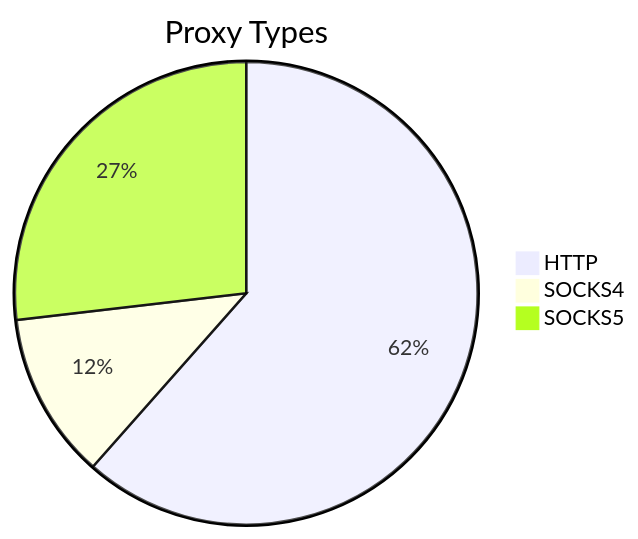
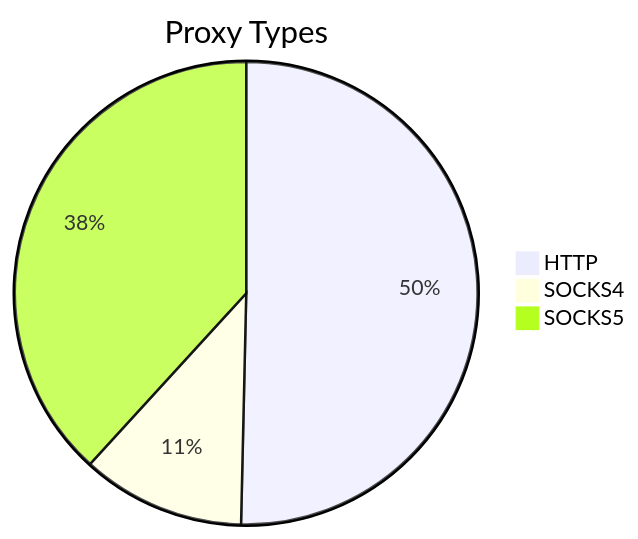
One commit to stormsia/proxy-list changed the first of 2 diagrams in README.md. Above: the diagram before and after it, drawn with Mermaid. The commit also changed other lines of this file, not shown here.

````diff
--- a/README.md
+++ b/README.md
@@ -21,6 +21,6 @@
 ```mermaid
 pie title Proxy Types
-    "HTTP" : 275
-    "SOCKS4" : 52
-    "SOCKS5" : 120
+    "HTTP" : 141
+    "SOCKS4" : 32
+    "SOCKS5" : 107
 ```
````
